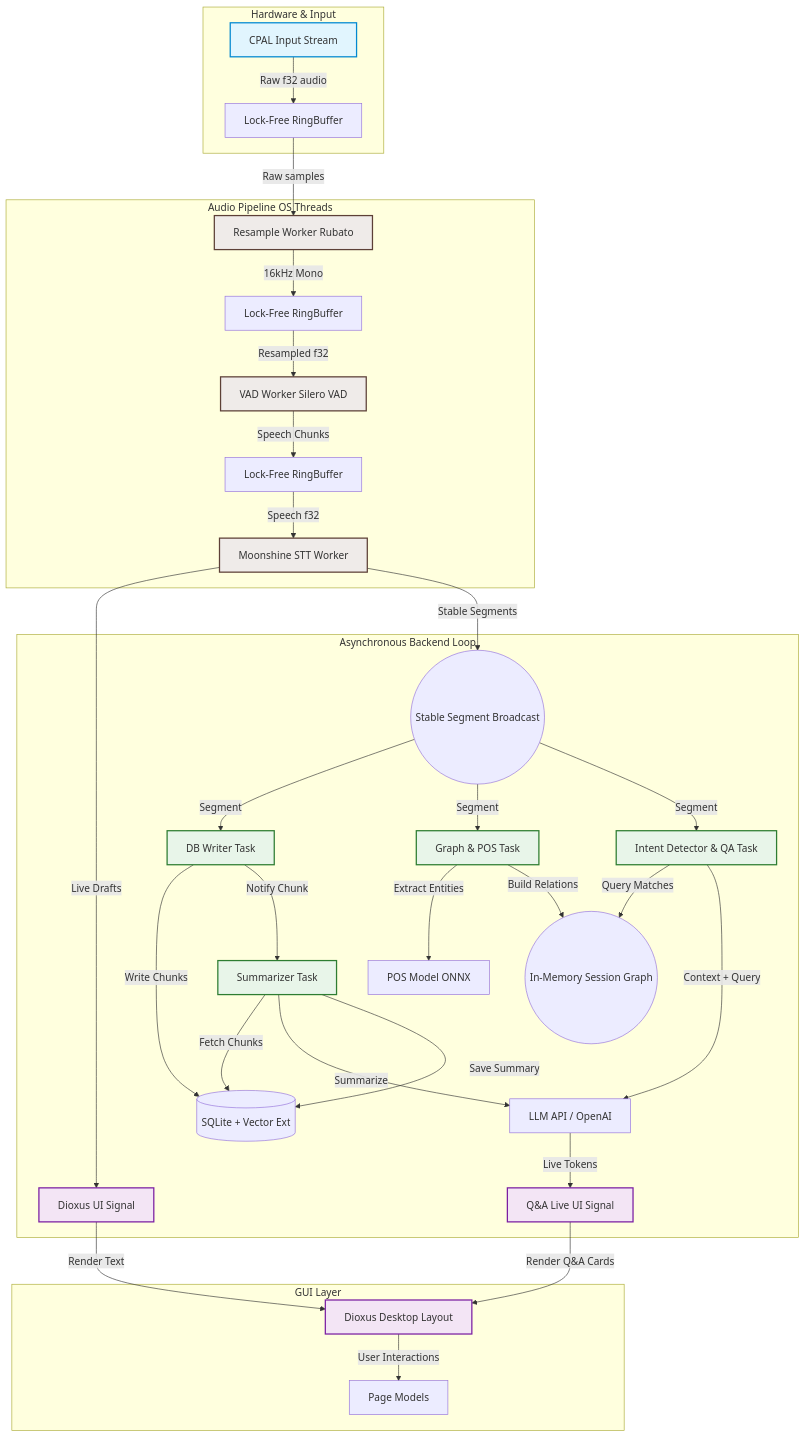
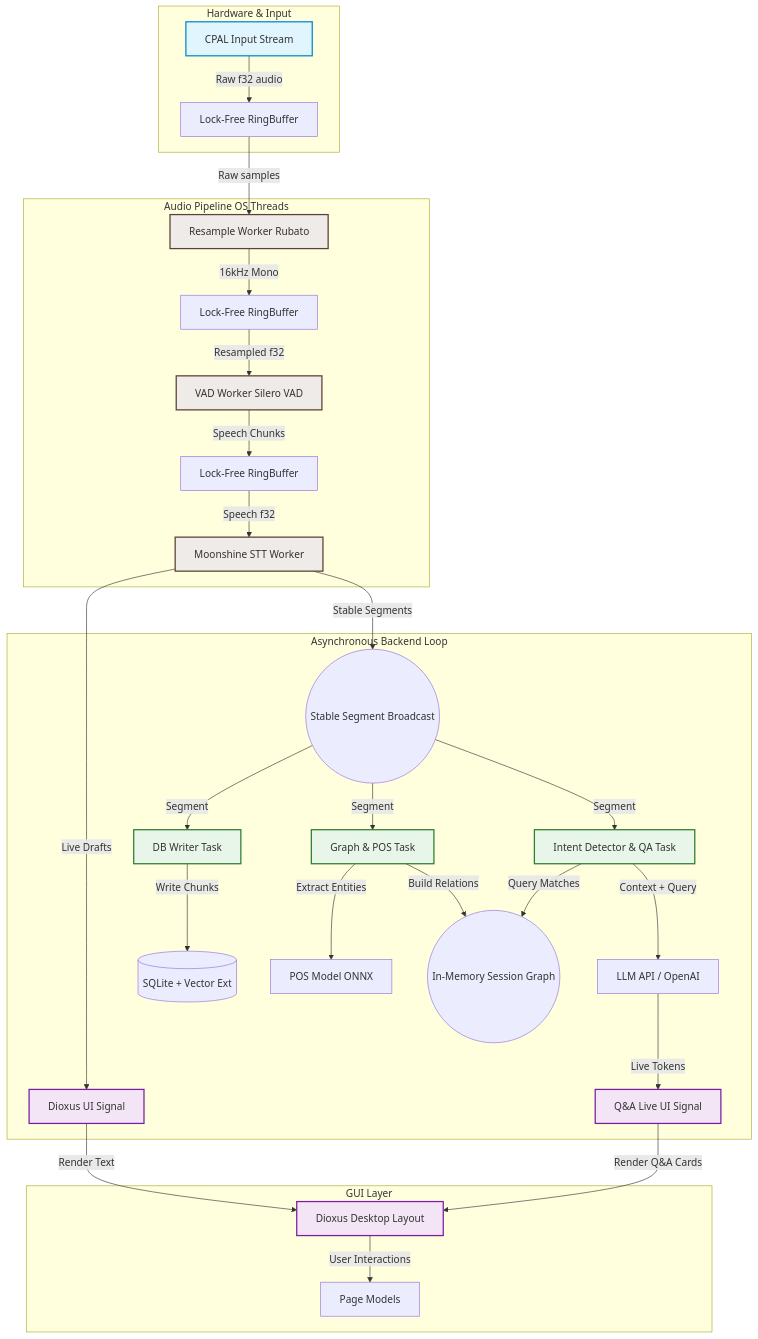
Before and after one commit to nthnf/Tayori: the diagram in README.md, drawn with Mermaid. The commit also changed other lines of this file and 1 other file, not shown here.

````diff
--- a/README.md
+++ b/README.md
@@ -38,48 +38,43 @@
 ```mermaid
 graph TD
     classDef hardware fill:#e1f5fe,stroke:#0288d1,stroke-width:2px;
     classDef worker fill:#efebe9,stroke:#5d4037,stroke-width:2px;
     classDef async fill:#e8f5e9,stroke:#2e7d32,stroke-width:2px;
     classDef ui fill:#f3e5f5,stroke:#7b1fa2,stroke-width:2px;
 
     subgraph Hardware & Input
         CPAL[CPAL Input Stream]:::hardware -->|Raw f32 audio| RB1[Lock-Free RingBuffer]
     end
 
     subgraph Audio Pipeline OS Threads
         RB1 -->|Raw samples| RS[Resample Worker Rubato]:::worker
         RS -->|16kHz Mono| RB2[Lock-Free RingBuffer]
         RB2 -->|Resampled f32| VAD[VAD Worker Silero VAD]:::worker
         VAD -->|Speech Chunks| RB3[Lock-Free RingBuffer]
         RB3 -->|Speech f32| STT[Moonshine STT Worker]:::worker
     end
 
     subgraph Asynchronous Backend Loop
         STT -->|Live Drafts| UI_Chan[Dioxus UI Signal]:::ui
         STT -->|Stable Segments| Seg_Chan((Stable Segment Broadcast))
 
         Seg_Chan -->|Segment| DB_Loop[DB Writer Task]:::async
         Seg_Chan -->|Segment| Graph_Loop[Graph & POS Task]:::async
         Seg_Chan -->|Segment| QA_Loop[Intent Detector & QA Task]:::async
 
         DB_Loop -->|Write Chunks| SQLite[(SQLite + Vector Ext)]
         
         Graph_Loop -->|Extract Entities| POS[POS Model ONNX]
         Graph_Loop -->|Build Relations| MemGraph((In-Memory Session Graph))
 
         QA_Loop -->|Query Matches| MemGraph
         QA_Loop -->|Context + Query| LLM[LLM API / OpenAI]
         LLM -->|Live Tokens| QA_Chan[Q&A Live UI Signal]:::ui
-
-        DB_Loop -->|Notify Chunk| Sum_Loop[Summarizer Task]:::async
-        Sum_Loop -->|Fetch Chunks| SQLite
-        Sum_Loop -->|Summarize| LLM
-        Sum_Loop -->|Save Summary| SQLite
     end
 
     subgraph GUI Layer
         UI_Chan -->|Render Text| GUI[Dioxus Desktop Layout]:::ui
         QA_Chan -->|Render Q&A Cards| GUI
         GUI -->|User Interactions| PageModel[Page Models]
     end
 ```
````
